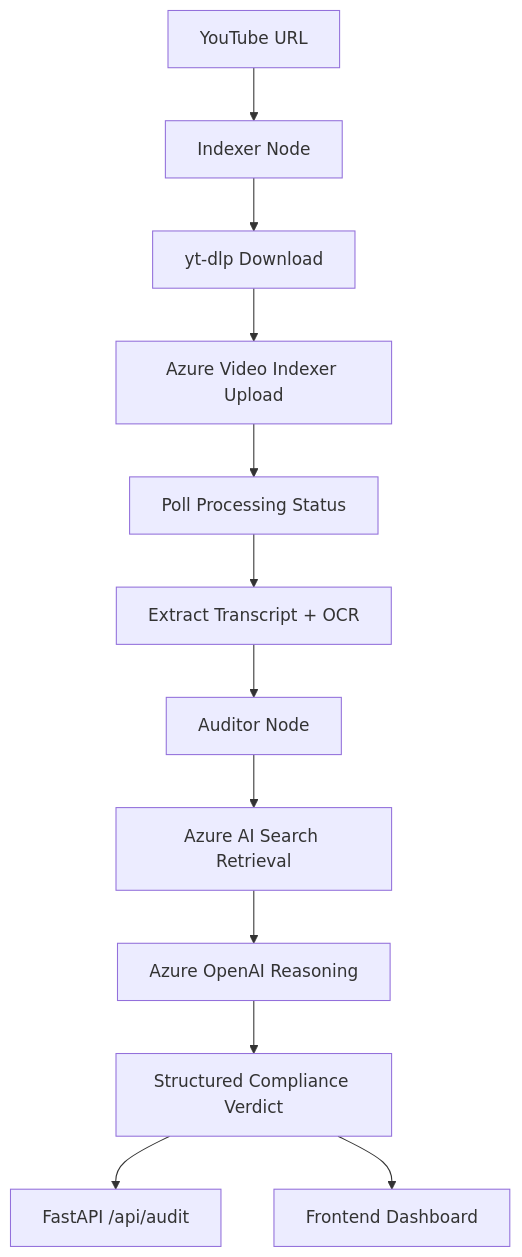
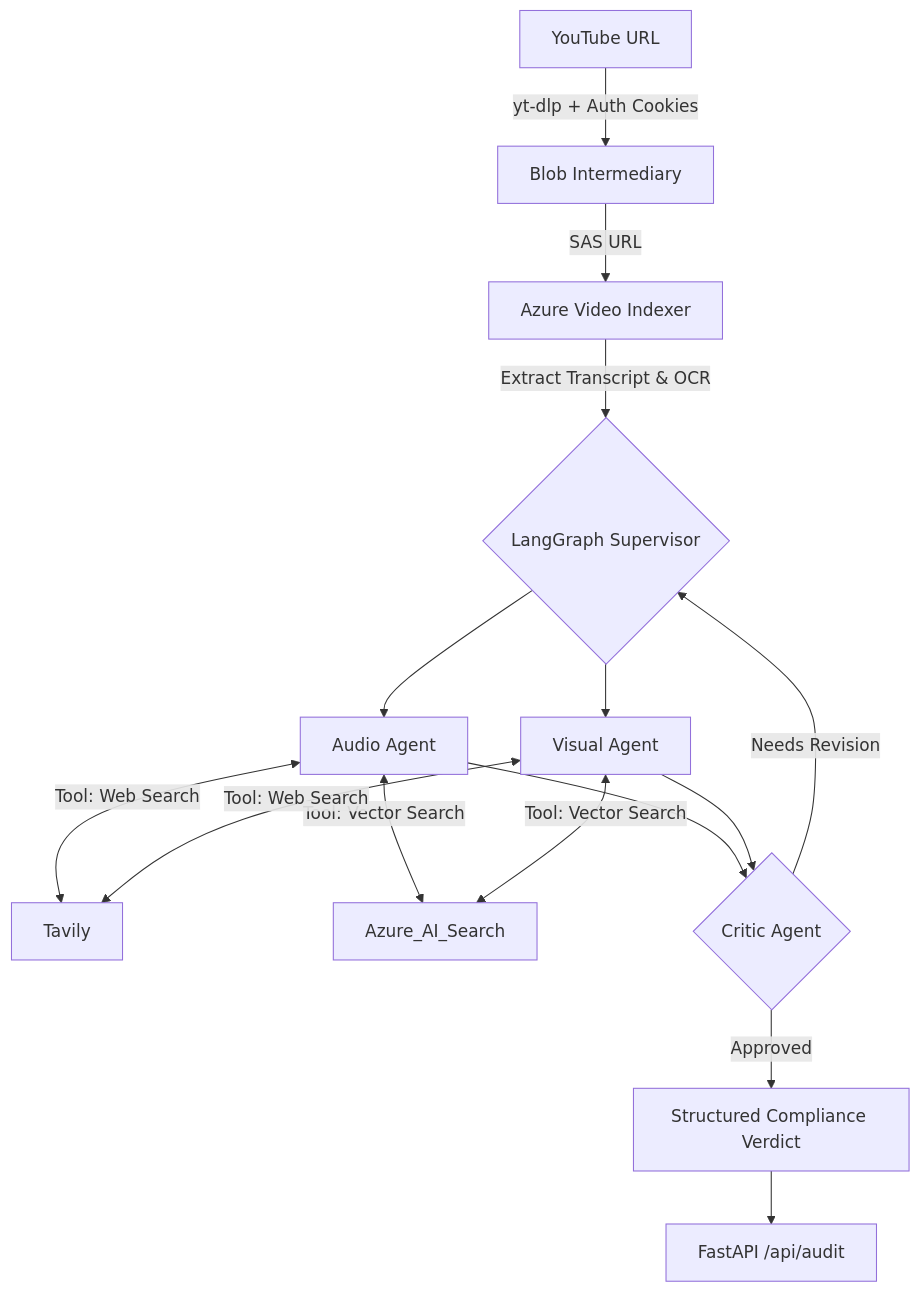
The diagram in README.md (jayshivankar/Azure-MultiModal-Compilance-Ingestion-Engine), drawn with Mermaid before and after one commit. The commit also changed other lines of this file and 12 other files, not shown here.

````diff
--- a/README.md
+++ b/README.md
@@ -23,14 +22,22 @@
 ```mermaid
 graph TD
-    A[YouTube URL] --> B[Indexer Node]
-    B --> B1[yt-dlp Download]
-    B1 --> B2[Azure Video Indexer Upload]
-    B2 --> B3[Poll Processing Status]
-    B3 --> B4[Extract Transcript + OCR]
-    B4 --> C[Auditor Node]
-    C --> C1[Azure AI Search Retrieval]
-    C1 --> C2[Azure OpenAI Reasoning]
-    C2 --> D[Structured Compliance Verdict]
-    D --> E[FastAPI /api/audit]
-    D --> F[Frontend Dashboard]
+    A[YouTube URL] -->|yt-dlp + Auth Cookies| B[Blob Intermediary]
+    B -->|SAS URL| C[Azure Video Indexer]
+    C -->|Extract Transcript & OCR| D{LangGraph Supervisor}
+    
+    D --> E[Audio Agent]
+    D --> F[Visual Agent]
+    
+    E <-->|Tool: Web Search| Tavily
+    E <-->|Tool: Vector Search| Azure_AI_Search
+    
+    F <-->|Tool: Web Search| Tavily
+    F <-->|Tool: Vector Search| Azure_AI_Search
+    
+    E --> G{Critic Agent}
+    F --> G
+    
+    G -->|Needs Revision| D
+    G -->|Approved| H[Structured Compliance Verdict]
+    H --> I[FastAPI /api/audit]
 ```
````
